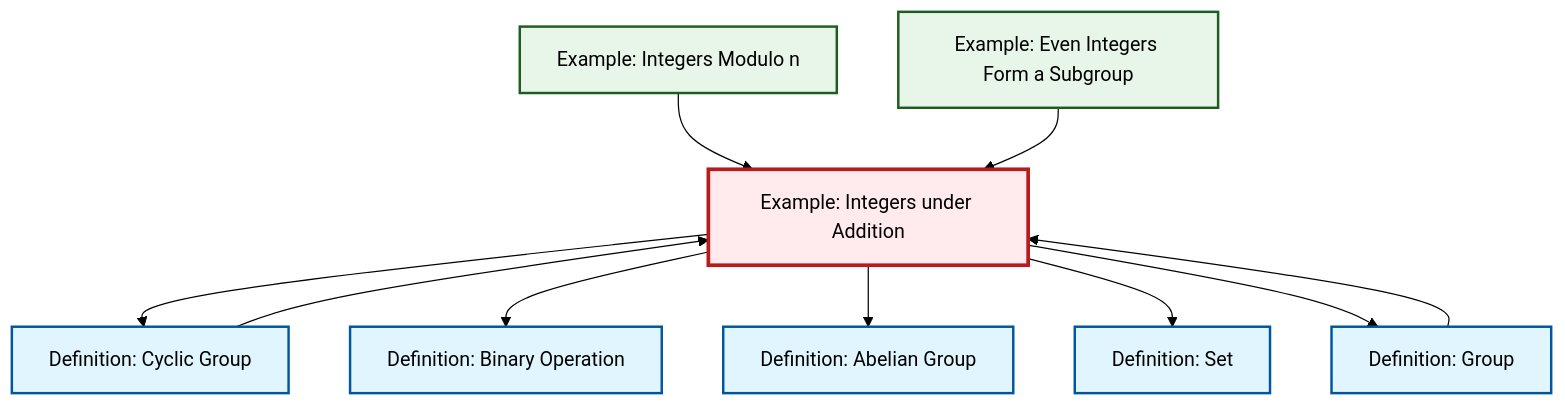
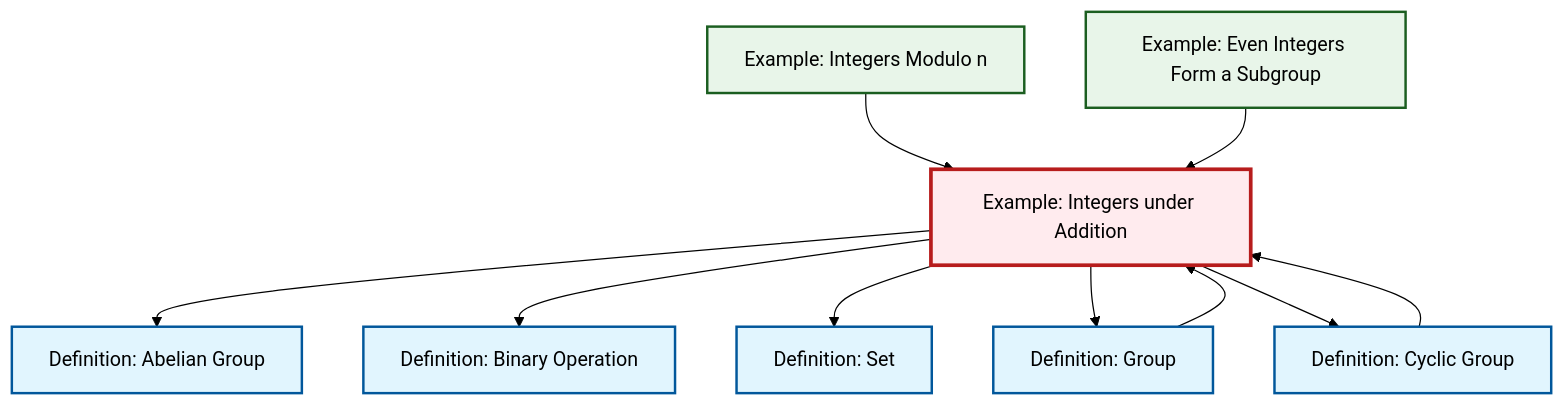
Before and after one commit to RK0429/ModernMath: the diagram in content/ja/algebra/ex-integers-addition.qmd, drawn with Mermaid (forest theme). The commit also changed other lines of this file and 619 other files, not shown here.

````diff
--- a/content/ja/algebra/ex-integers-addition.qmd
+++ b/content/ja/algebra/ex-integers-addition.qmd
@@ -74,34 +74,34 @@
 ```{mermaid}
 %%| fig-cap: "Local dependency graph"
 graph TD
     classDef definition fill:#e1f5fe,stroke:#01579b,stroke-width:2px
     classDef theorem fill:#f3e5f5,stroke:#4a148c,stroke-width:2px
     classDef axiom fill:#fff3e0,stroke:#e65100,stroke-width:2px
     classDef example fill:#e8f5e9,stroke:#1b5e20,stroke-width:2px
     classDef current fill:#ffebee,stroke:#b71c1c,stroke-width:3px
-    ex-even-integers-subgroup["Example: Even Integers Form a Subgroup"]:::example
+    def-binary-operation["Definition: Binary Operation"]:::definition
+    def-abelian-group["Definition: Abelian Group"]:::definition
+    ex-integers-addition["Example: Integers under Addition"]:::example
+    def-group["Definition: Group"]:::definition
+    def-set["Definition: Set"]:::definition
     def-cyclic-group["Definition: Cyclic Group"]:::definition
     ex-quotient-integers-mod-n["Example: Integers Modulo n"]:::example
-    ex-integers-addition["Example: Integers under Addition"]:::example
-    def-set["Definition: Set"]:::definition
-    def-abelian-group["Definition: Abelian Group"]:::definition
-    def-group["Definition: Group"]:::definition
-    def-binary-operation["Definition: Binary Operation"]:::definition
-    ex-integers-addition --> def-cyclic-group
-    ex-integers-addition --> def-binary-operation
-    ex-integers-addition --> def-abelian-group
-    ex-integers-addition --> def-set
+    ex-even-integers-subgroup["Example: Even Integers Form a Subgroup"]:::example
     def-group --> ex-integers-addition
     def-cyclic-group --> ex-integers-addition
+    ex-integers-addition --> def-abelian-group
+    ex-quotient-integers-mod-n --> ex-integers-addition
+    ex-integers-addition --> def-binary-operation
+    ex-integers-addition --> def-set
+    ex-even-integers-subgroup --> ex-integers-addition
     ex-integers-addition --> def-group
-    ex-quotient-integers-mod-n --> ex-integers-addition
-    ex-even-integers-subgroup --> ex-integers-addition
+    ex-integers-addition --> def-cyclic-group
     class ex-integers-addition current
-    click ex-even-integers-subgroup "ex-even-integers-subgroup.html" "Example: Even Integers Form a Subgroupへ"
+    click def-binary-operation "def-binary-operation.html" "Definition: Binary Operationへ"
+    click def-abelian-group "def-abelian-group.html" "Definition: Abelian Groupへ"
+    click def-group "def-group.html" "Definition: Groupへ"
+    click def-set "def-set.html" "Definition: Setへ"
     click def-cyclic-group "def-cyclic-group.html" "Definition: Cyclic Groupへ"
     click ex-quotient-integers-mod-n "ex-quotient-integers-mod-n.html" "Example: Integers Modulo nへ"
-    click def-set "def-set.html" "Definition: Setへ"
-    click def-abelian-group "def-abelian-group.html" "Definition: Abelian Groupへ"
-    click def-group "def-group.html" "Definition: Groupへ"
-    click def-binary-operation "def-binary-operation.html" "Definition: Binary Operationへ"
+    click ex-even-integers-subgroup "ex-even-integers-subgroup.html" "Example: Even Integers Form a Subgroupへ"
 ```
````
